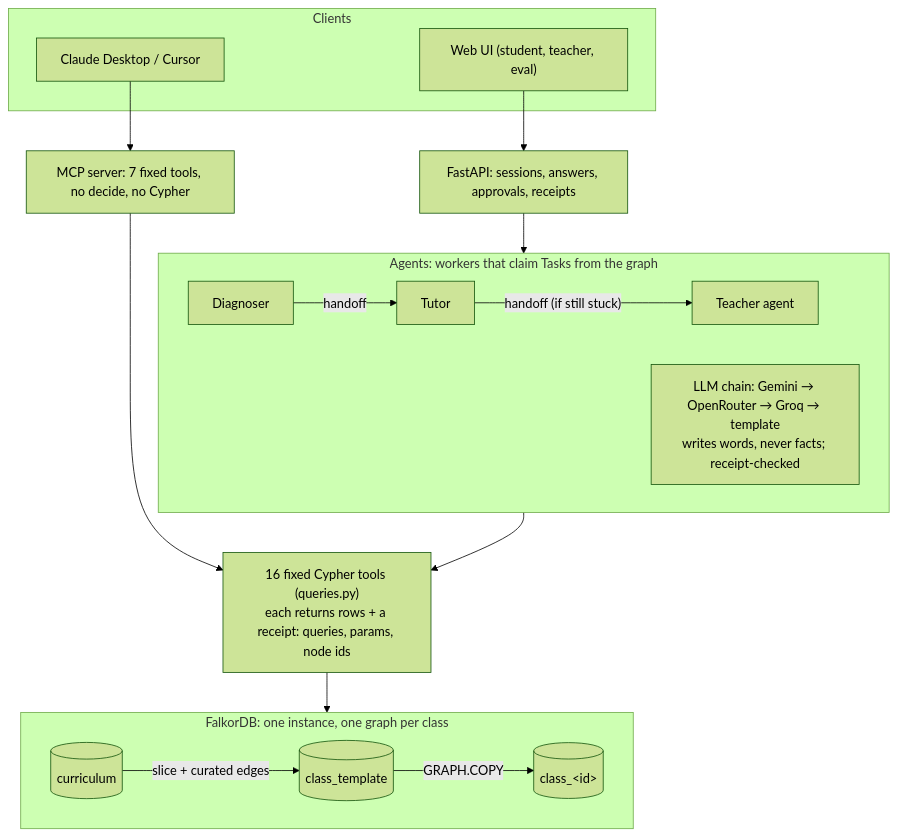
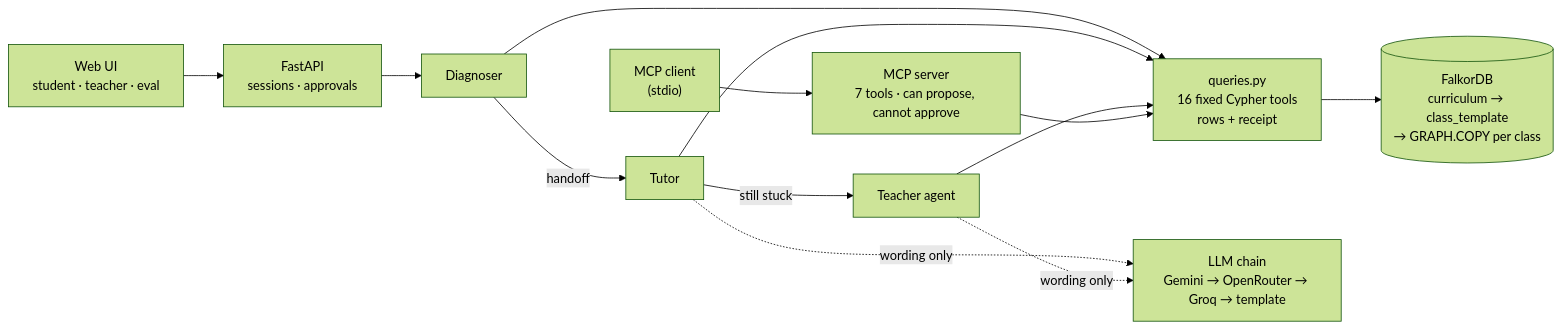
One commit to pm2m1/unlearn changed the diagram in README.md. Above: the diagram before and after it, drawn with Mermaid (forest theme). The commit also changed other lines of this file and 8 other files, not shown here.

````diff
--- a/README.md
+++ b/README.md
@@ -68,20 +27,13 @@
 ```mermaid
-flowchart TB
-    subgraph Clients
-        UI["Web UI (student, teacher, eval)"]
-        MCP["Claude Desktop / Cursor"]
-    end
-    UI --> API["FastAPI: sessions, answers, approvals, receipts"]
-    MCP --> MCPS["MCP server: 7 fixed tools, no decide, no Cypher"]
-    API --> AG
-    MCPS --> TOOLS
-    subgraph AG["Agents: workers that claim Tasks from the graph"]
-        D[Diagnoser] -- "handoff" --> T[Tutor] -- "handoff (if still stuck)" --> TE[Teacher agent]
-        LLM["LLM chain: Gemini → OpenRouter → Groq → template<br/>writes words, never facts; receipt-checked"]
-    end
-    AG --> TOOLS["16 fixed Cypher tools (queries.py)<br/>each returns rows + a receipt: queries, params, node ids"]
-    TOOLS --> DB
-    subgraph DB["FalkorDB: one instance, one graph per class"]
-        CUR[(curriculum)] -- "slice + curated edges" --> TPL[(class_template)] -- "GRAPH.COPY" --> CLS[("class_&lt;id&gt;")]
-    end
+flowchart LR
+  UI["Web UI<br/>student · teacher · eval"] --> API["FastAPI<br/>sessions · approvals"]
+  MCPC["MCP client<br/>(stdio)"] --> MCP["MCP server<br/>7 tools · can propose, cannot approve"]
+  API --> D["Diagnoser"] -->|handoff| T["Tutor"] -->|still stuck| TA["Teacher agent"]
+  D --> Q
+  T --> Q
+  TA --> Q
+  MCP --> Q
+  Q["queries.py<br/>16 fixed Cypher tools<br/>rows + receipt"] --> F[("FalkorDB<br/>curriculum → class_template<br/>→ GRAPH.COPY per class")]
+  T -. wording only .-> L["LLM chain<br/>Gemini → OpenRouter → Groq → template"]
+  TA -. wording only .-> L
 ```
````
